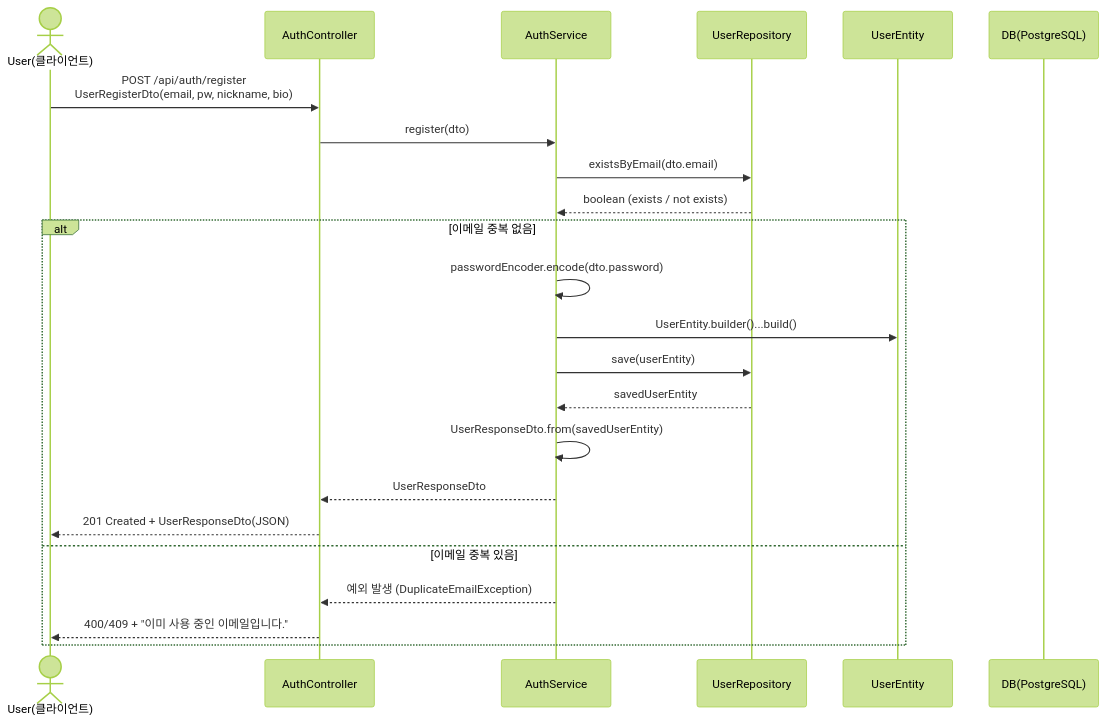
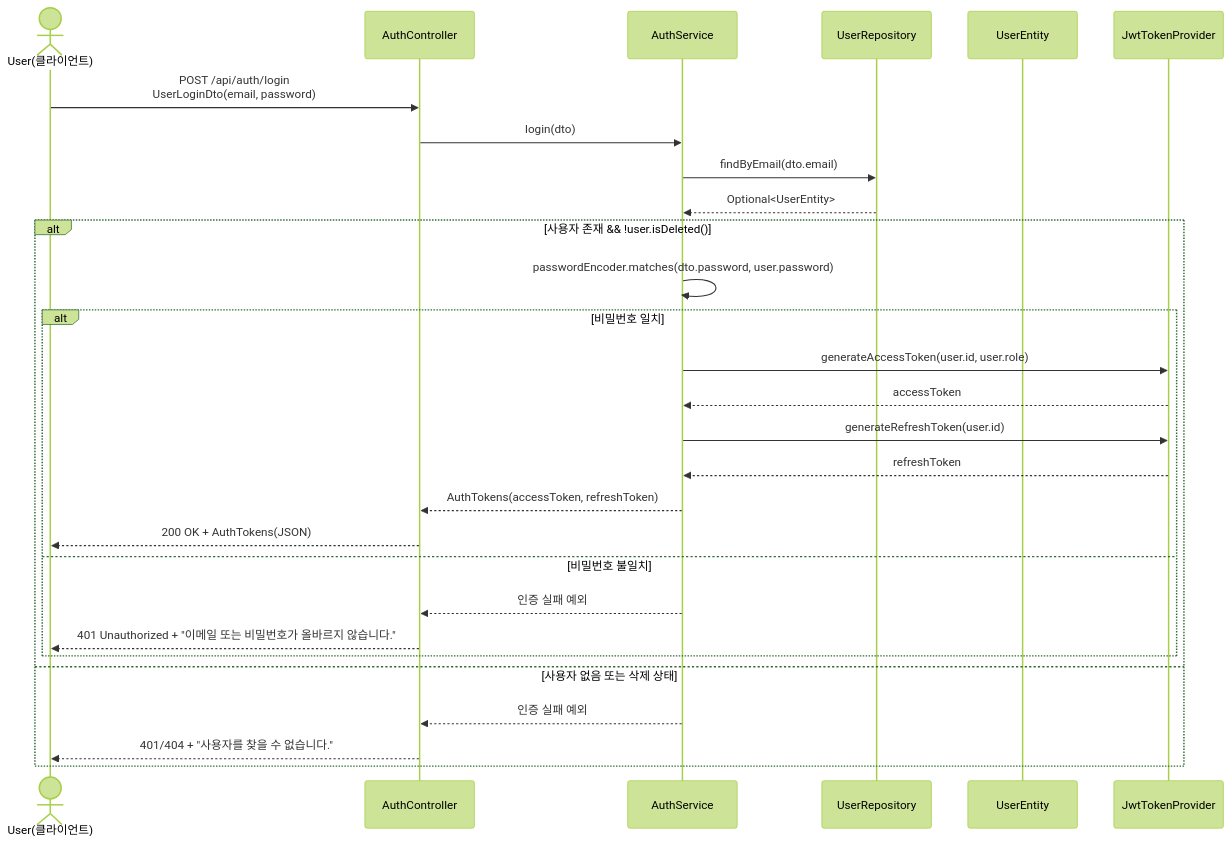
The second of 46 diagrams in SDS_[깃라잡이].md (OHWCH/se_dev), drawn with Mermaid (forest theme) before and after one commit. The commit also changed other lines of this file, not shown here.

````diff
--- a/SDS_[깃라잡이].md
+++ b/SDS_[깃라잡이].md
@@ -4840,30 +4840,37 @@
 ```mermaid
 sequenceDiagram
     actor U as User(클라이언트)
     participant AC as AuthController
     participant AS as AuthService
     participant UR as UserRepository
     participant UE as UserEntity
-    participant DB as DB(PostgreSQL)
+    participant JP as JwtTokenProvider
 
-    U->>AC: POST /api/auth/register<br/>UserRegisterDto(email, pw, nickname, bio)
-    AC->>AS: register(dto)
+    U->>AC: POST /api/auth/login<br/>UserLoginDto(email, password)
+    AC->>AS: login(dto)
 
-    AS->>UR: existsByEmail(dto.email)
-    UR-->>AS: boolean (exists / not exists)
+    AS->>UR: findByEmail(dto.email)
+    UR-->>AS: Optional<UserEntity>
 
-    alt 이메일 중복 없음
-        AS->>AS: passwordEncoder.encode(dto.password)
-        AS->>UE: UserEntity.builder()...build()
-        AS->>UR: save(userEntity)
-        UR-->>AS: savedUserEntity
+    alt 사용자 존재 && !user.isDeleted()
+        AS->>AS: passwordEncoder.matches(dto.password, user.password)
 
-        AS->>AS: UserResponseDto.from(savedUserEntity)
-        AS-->>AC: UserResponseDto
-        AC-->>U: 201 Created + UserResponseDto(JSON)
-    else 이메일 중복 있음
-        AS-->>AC: 예외 발생 (DuplicateEmailException)
-        AC-->>U: 400/409 + "이미 사용 중인 이메일입니다."
+        alt 비밀번호 일치
+            AS->>JP: generateAccessToken(user.id, user.role)
+            JP-->>AS: accessToken
+
+            AS->>JP: generateRefreshToken(user.id)
+            JP-->>AS: refreshToken
+
+            AS-->>AC: AuthTokens(accessToken, refreshToken)
+            AC-->>U: 200 OK + AuthTokens(JSON)
+        else 비밀번호 불일치
+            AS-->>AC: 인증 실패 예외
+            AC-->>U: 401 Unauthorized + "이메일 또는 비밀번호가 올바르지 않습니다."
+        end
+    else 사용자 없음 또는 삭제 상태
+        AS-->>AC: 인증 실패 예외
+        AC-->>U: 401/404 + "사용자를 찾을 수 없습니다."
     end
 
 ```
````
